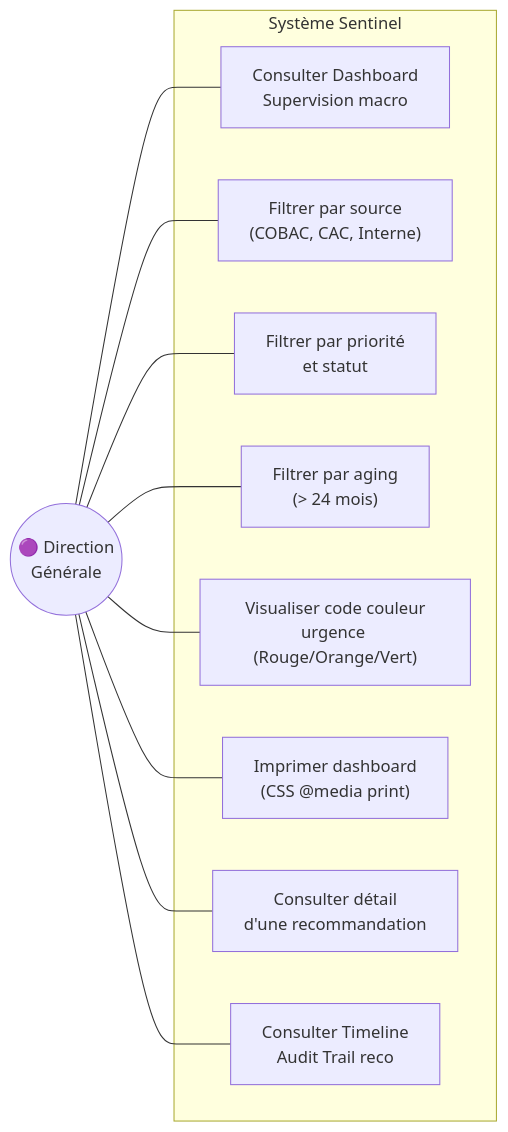
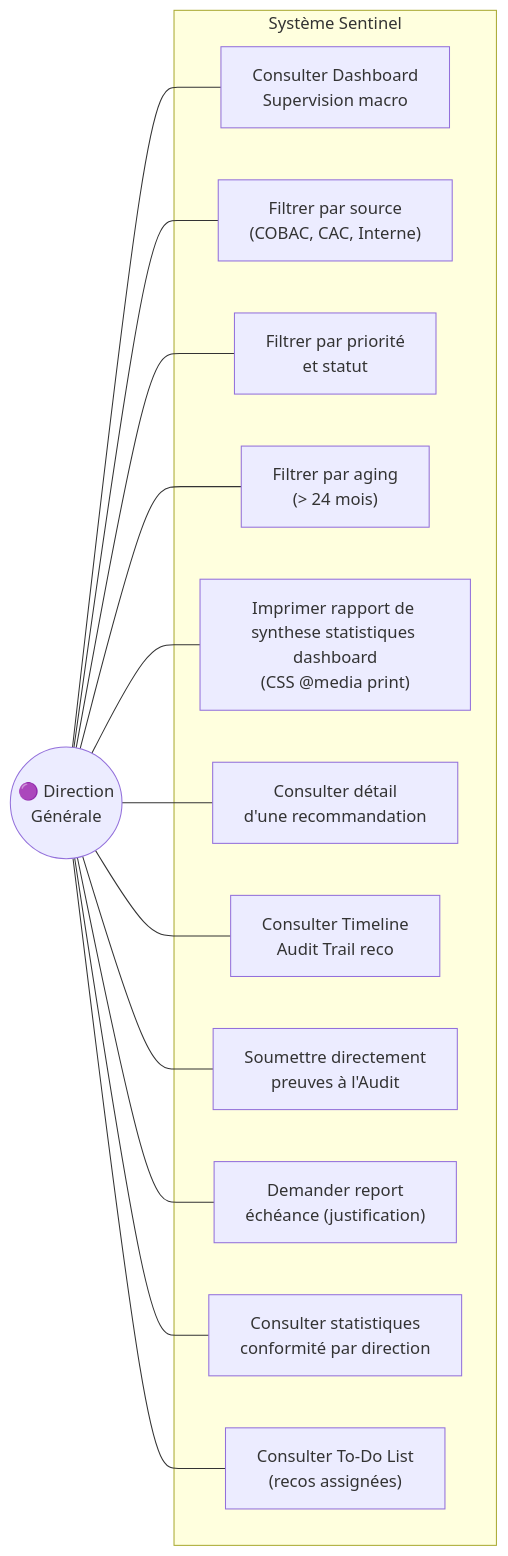
The seventh of 24 diagrams in _bmad-output/planning-artifacts/architecture-v2.md (Tchendjou2003/bicec--Sentinel), drawn with Mermaid before and after one commit. The commit also changed other lines of this file and 7 other files, not shown here.

Commit message:
feat: add planning artifacts including UX design specifications, architecture, and project documentation

````diff
--- a/_bmad-output/planning-artifacts/architecture-v2.md
+++ b/_bmad-output/planning-artifacts/architecture-v2.md
@@ -731,24 +758,33 @@
 ```mermaid
 flowchart LR
     subgraph "Système Sentinel"
         UC1["Consulter Dashboard\nSupervision macro"]
         UC2["Filtrer par source\n(COBAC, CAC, Interne)"]
         UC3["Filtrer par priorité\net statut"]
         UC4["Filtrer par aging\n(> 24 mois)"]
-        UC5["Visualiser code couleur\nurgence (Rouge/Orange/Vert)"]
-        UC6["Imprimer dashboard\n(CSS @media print)"]
-        UC7["Consulter détail\nd'une recommandation"]
-        UC8["Consulter Timeline\nAudit Trail reco"]
+        UC5["Imprimer rapport de synthese statistiques dashboard\n(CSS @media print)"]
+        UC6["Consulter détail\nd'une recommandation"]
+        UC7["Consulter Timeline\nAudit Trail reco"]
+        UC8["Soumettre directement\npreuves à l'Audit"]
+        UC9["Demander report\néchéance (justification)"]
+        UC10["Consulter statistiques\nconformité par direction"]
+        UC11["Consulter To-Do List\n(recos assignées)"]
+        
+      
+        
     end
 
     DG(("🟣 Direction\nGénérale"))
 
     DG --- UC1
     DG --- UC2
     DG --- UC3
     DG --- UC4
     DG --- UC5
     DG --- UC6
     DG --- UC7
     DG --- UC8
+    DG --- UC9
+    DG --- UC10
+    DG --- UC11   
 ```
````
